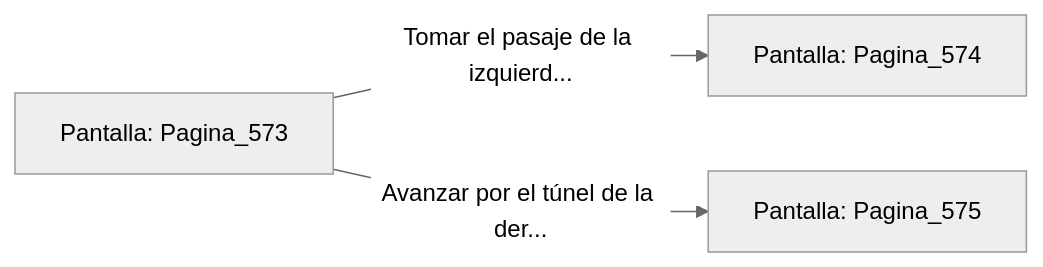
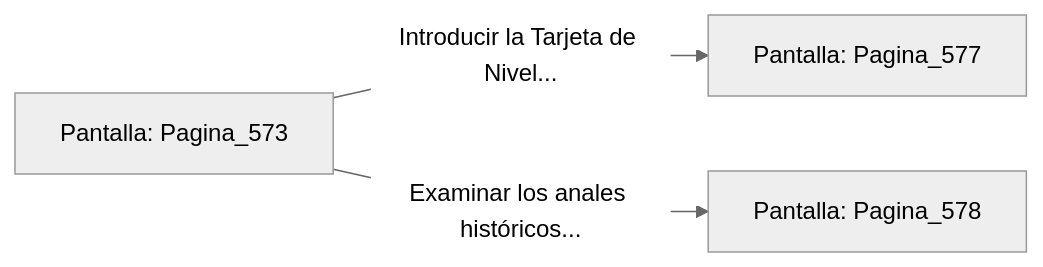
The diagram in sample/eligejuego-vault/Pantalla_Pagina_573.md (metsuke/mpl), drawn with Mermaid (neutral theme) before and after one commit. The commit also changed other lines of this file and 635 other files, not shown here.

First line of the commit message:
fix: añadir Pagina_1 como pantalla inicial en capitulo_01.mpl

````diff
--- a/sample/eligejuego-vault/Pantalla_Pagina_573.md
+++ b/sample/eligejuego-vault/Pantalla_Pagina_573.md
@@ -20,6 +24,6 @@
 ```mermaid
 graph LR
     P_Pagina_573["Pantalla: Pagina_573"]
-    P_Pagina_573 -->|"Tomar el pasaje de la izquierd..."| P_Pagina_574["Pantalla: Pagina_574"]
-    P_Pagina_573 -->|"Avanzar por el túnel de la der..."| P_Pagina_575["Pantalla: Pagina_575"]
+    P_Pagina_573 -->|"Introducir la Tarjeta de Nivel..."| P_Pagina_577["Pantalla: Pagina_577"]
+    P_Pagina_573 -->|"Examinar los anales históricos..."| P_Pagina_578["Pantalla: Pagina_578"]
 ```
````
